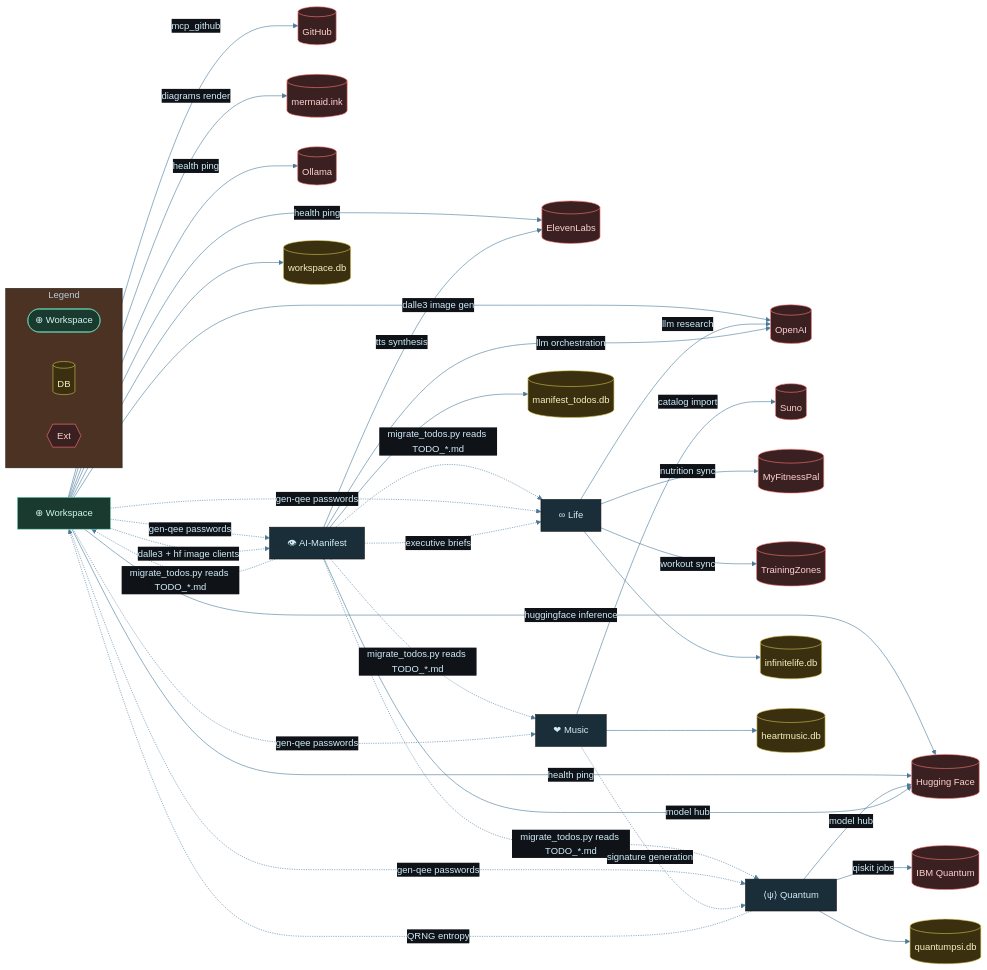
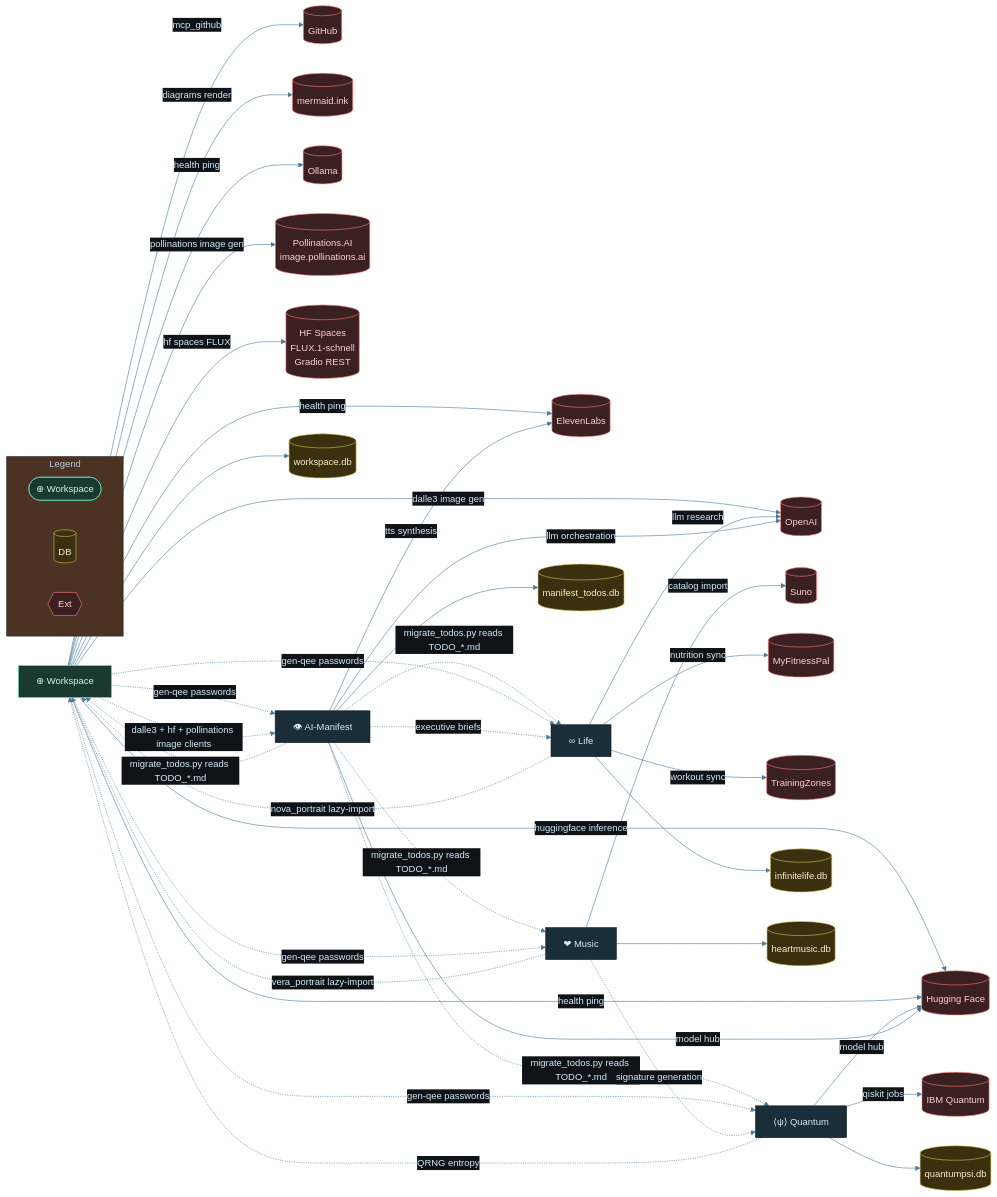
Before and after one commit to tylerdrakemusic/-Workspace: the diagram in diagrams/workspace-integrations.mmd, drawn with Mermaid. The commit also changed 5 other files, not shown here.

First line of the commit message:
chore: nit fixes + diagram updates [FR-20260525-image-cascade-restore]

```diff
--- a/diagrams/workspace-integrations.mmd
+++ b/diagrams/workspace-integrations.mmd
@@ -1,86 +1,92 @@
 %%{init: {'theme': 'base', 'themeVariables': {'primaryColor': '#1a2e3a', 'primaryTextColor': '#d0ecf8', 'edgeLabelBackground': '#0f1318', 'lineColor': '#4a7a9a'}}}%%
 graph LR
     %% Cross-project integration points across the ⊕Workspace
     %% Updated when new src/integrations/ modules or cross-project wiring is added.
     %% Maintained by ⊕workspace-architecture-beautifier (FR-20260425-architecture-review-agents)
     %% External services
     GitHub[(GitHub)]:::ext
     IBMQ[(IBM Quantum)]:::ext
     OpenAI[(OpenAI)]:::ext
     ElevenLabs[(ElevenLabs)]:::ext
     HF[(Hugging Face)]:::ext
     Suno[(Suno)]:::ext
     MFP[(MyFitnessPal)]:::ext
     TZ[(TrainingZones)]:::ext
     Mermaid[(mermaid.ink)]:::ext
     Ollama[(Ollama)]:::ext
+    PollinationsExt[(Pollinations.AI<br/>image.pollinations.ai)]:::ext
+    HFSpacesExt[(HF Spaces<br/>FLUX.1-schnell<br/>Gradio REST)]:::ext
     %% Project sigils
     Workspace[⊕ Workspace]:::ws
     Life[∞ Life]:::orch
     Music[❤ Music]:::orch
     Quantum[⟨ψ⟩ Quantum]:::orch
     Manifest[👁 AI-Manifest]:::orch
     %% Databases
     WSDB[(workspace.db)]:::db
     LifeDB[(infinitelife.db)]:::db
     MusicDB[(heartmusic.db)]:::db
     QDB[(quantumpsi.db)]:::db
     %% Workspace → external
     Workspace -->|mcp_github| GitHub
     Workspace -->|diagrams render| Mermaid
     Workspace -->|dalle3 image gen| OpenAI
     Workspace -->|huggingface inference| HF
+    Workspace -->|pollinations image gen| PollinationsExt
+    Workspace -->|hf spaces FLUX| HFSpacesExt
     Workspace --> WSDB
     Workspace -->|health ping| ElevenLabs
     Workspace -->|health ping| Ollama
     Workspace -->|health ping| HF
     %% ∞Life → external + DB
     Life -->|nutrition sync| MFP
     Life -->|workout sync| TZ
     Life -->|llm research| OpenAI
     Life --> LifeDB
     %% ❤Music → external + DB
     Music -->|catalog import| Suno
     Music --> MusicDB
     %% ⟨ψ⟩Quantum → external + DB
     Quantum -->|qiskit jobs| IBMQ
     Quantum -->|model hub| HF
     Quantum --> QDB
     %% 👁AI-Manifest → external
     Manifest -->|tts synthesis| ElevenLabs
     Manifest -->|llm orchestration| OpenAI
     Manifest -->|model hub| HF
     ManifestTodoDB[(manifest_todos.db)]:::db
     Manifest --> ManifestTodoDB
     Manifest -.->|migrate_todos.py reads TODO_*.md| Life
     Manifest -.->|migrate_todos.py reads TODO_*.md| Music
     Manifest -.->|migrate_todos.py reads TODO_*.md| Quantum
     Manifest -.->|migrate_todos.py reads TODO_*.md| Workspace
     %% Cross-project integrations (the workspace's connective tissue)
     Quantum -.->|QRNG entropy| Workspace
     Workspace -.->|gen-qee passwords| Life
     Workspace -.->|gen-qee passwords| Music
     Workspace -.->|gen-qee passwords| Quantum
     Workspace -.->|gen-qee passwords| Manifest
     Manifest -.->|executive briefs| Life
     Music -.->|signature generation| Quantum
-    Workspace -.->|dalle3 + hf image clients| Manifest
+    Workspace -.->|dalle3 + hf + pollinations image clients| Manifest
+    Life -.->|nova_portrait lazy-import| Workspace
+    Music -.->|vera_portrait lazy-import| Workspace
 
 
 
     subgraph Legend[" Legend "]
         direction LR
     L_ws([⊕ Workspace]):::ws
     L_db[(DB)]:::db
     L_ext{{Ext}}:::ext
     end
 
 classDef life     fill:#1a2e3a,stroke:#6ab4d4,color:#d0ecf8
 classDef music    fill:#3a1a24,stroke:#d47a8f,color:#f8d0dc
 classDef quantum  fill:#251a3a,stroke:#a07adf,color:#e8d0f8
 classDef manifest fill:#3a2e1a,stroke:#d4a96a,color:#f8ead0
 classDef ws       fill:#1a3a30,stroke:#6ad4b4,color:#d0f8ee
 classDef tyler    fill:#2a1a3a,stroke:#9e4aff,color:#fff
 classDef ext      fill:#3a2020,stroke:#ff7a7a,color:#ffd0d0
 classDef db       fill:#3a3010,stroke:#d4c050,color:#f8f0c0
 classDef state    fill:#1a1a1a,stroke:#888888,color:#cccccc
```
